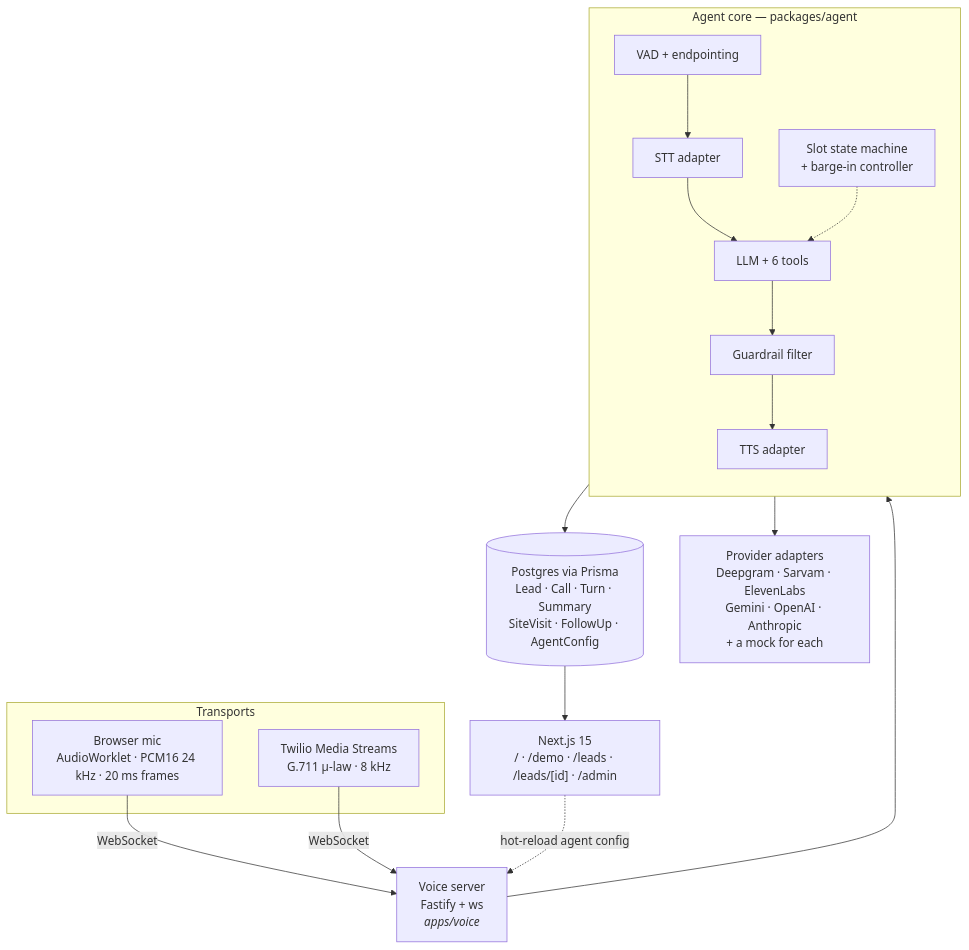
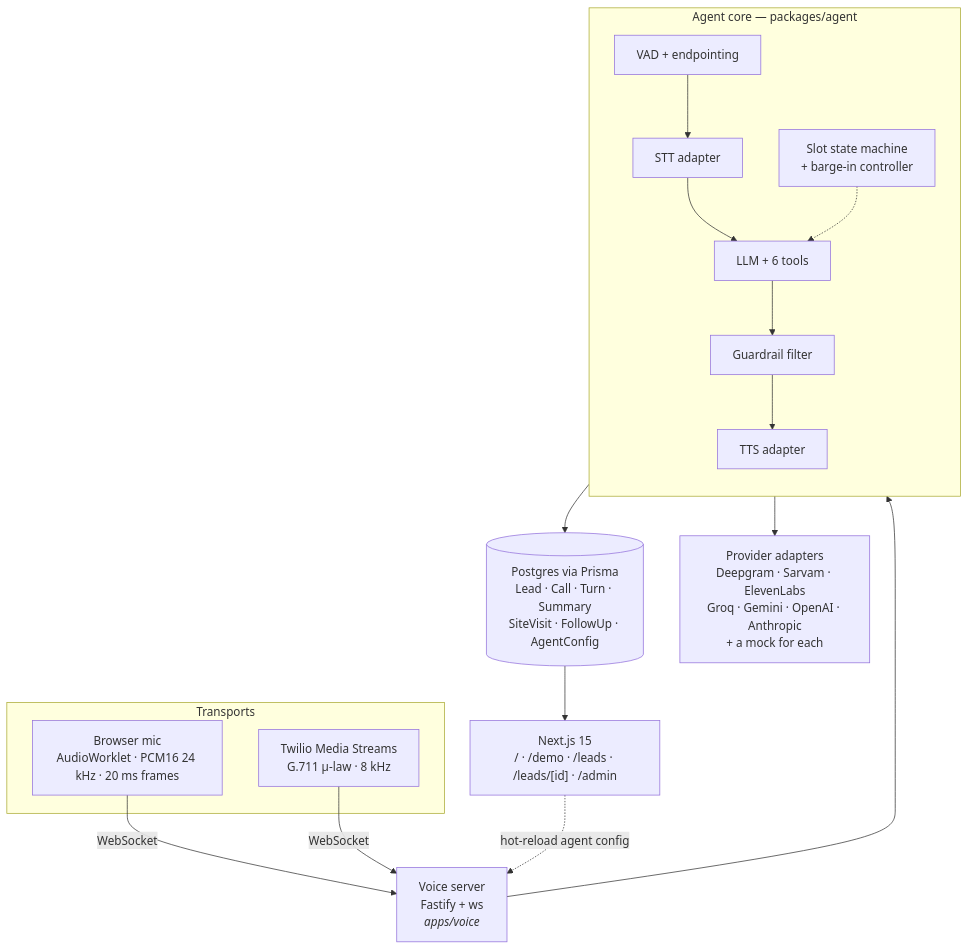
One commit to utkarshpawade/PriyaAI changed the first of 2 diagrams in README.md. Above: the diagram before and after it, drawn with Mermaid. The commit also changed other lines of this file and 28 other files, not shown here.

````diff
--- a/README.md
+++ b/README.md
@@ -44,29 +44,29 @@
 ```mermaid
 flowchart TB
     subgraph Transports
         B["Browser mic<br/>AudioWorklet · PCM16 24 kHz · 20 ms frames"]
         T["Twilio Media Streams<br/>G.711 μ-law · 8 kHz"]
     end
 
     B -- WebSocket --> VS
     T -- WebSocket --> VS
 
     VS["Voice server<br/>Fastify + ws<br/><i>apps/voice</i>"]
 
     VS --> CORE
 
     subgraph CORE["Agent core — packages/agent"]
         direction TB
         VAD["VAD + endpointing"] --> STT["STT adapter"]
         STT --> LLM["LLM + 6 tools"]
         LLM --> GR["Guardrail filter"]
         GR --> TTS["TTS adapter"]
         SM["Slot state machine<br/>+ barge-in controller"] -.-> LLM
     end
 
     CORE --> DB[("Postgres via Prisma<br/>Lead · Call · Turn · Summary<br/>SiteVisit · FollowUp · AgentConfig")]
-    CORE --> P["Provider adapters<br/>Deepgram · Sarvam · ElevenLabs<br/>Gemini · OpenAI · Anthropic<br/>+ a mock for each"]
+    CORE --> P["Provider adapters<br/>Deepgram · Sarvam · ElevenLabs<br/>Groq · Gemini · OpenAI · Anthropic<br/>+ a mock for each"]
 
     DB --> WEB["Next.js 15<br/>/ · /demo · /leads · /leads/[id] · /admin"]
     WEB -. "hot-reload agent config" .-> VS
 ```
````
